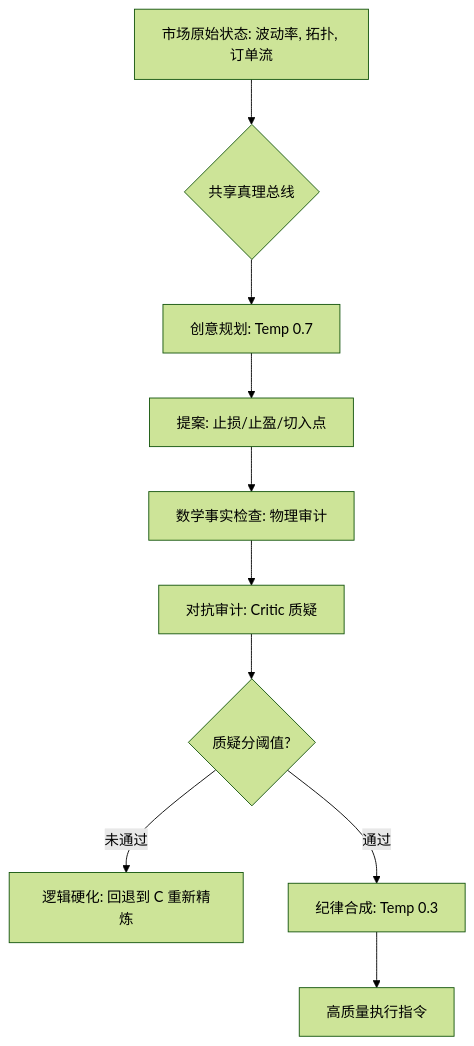
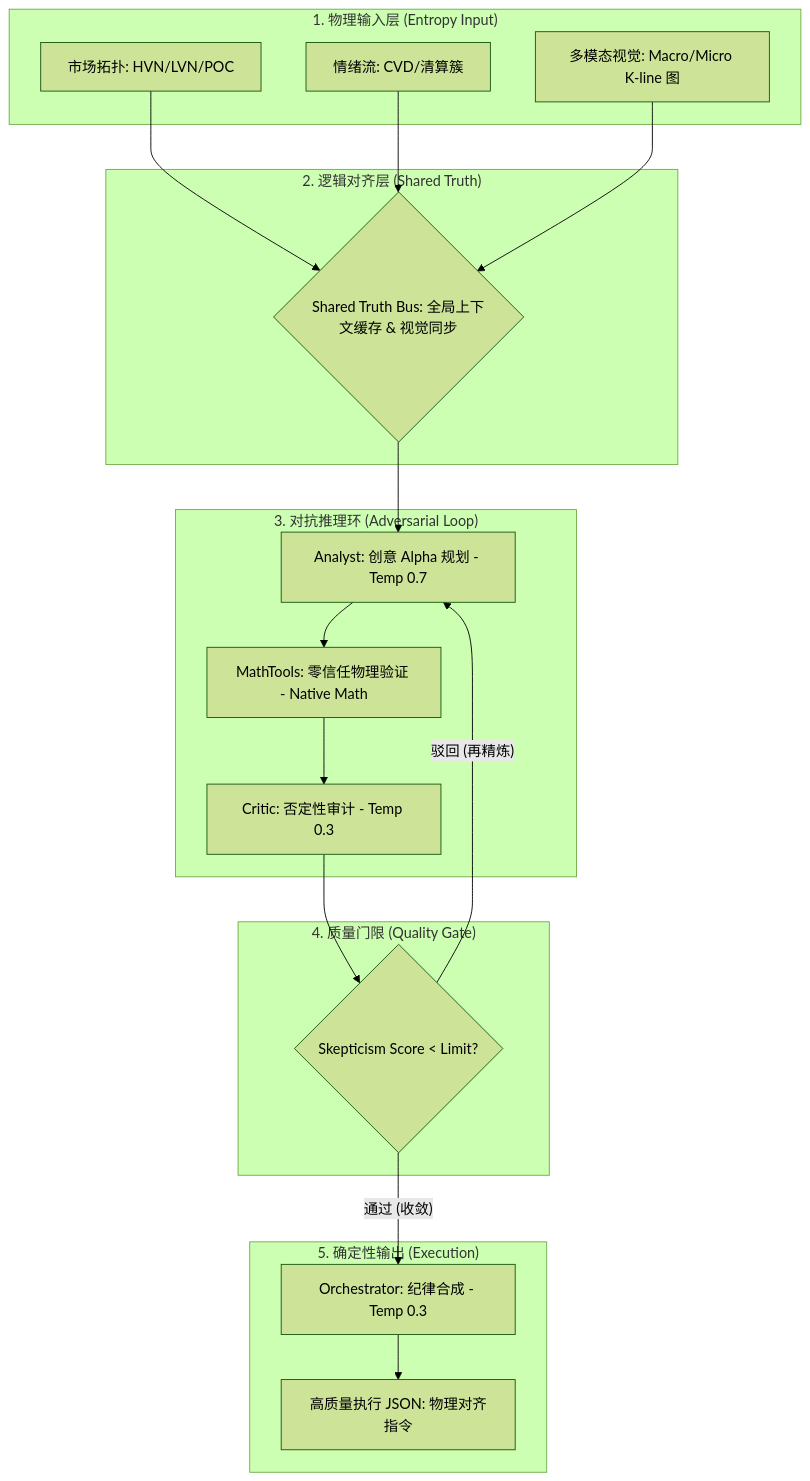
One commit to jiangyang5157/binary-star changed the diagram in README.md. Above: the diagram before and after it, drawn with Mermaid (forest theme). The commit also changed other lines of this file and 2 other files, not shown here.

````diff
--- a/README.md
+++ b/README.md
@@ -46,12 +46,36 @@
 ```mermaid
 graph TD
-    A[市场原始状态: 波动率, 拓扑, 订单流] --> B{共享真理总线}
-    B --> C[创意规划: Temp 0.7]
-    C --> D[提案: 止损/止盈/切入点]
-    D --> E[数学事实检查: 物理审计]
-    E --> F[对抗审计: Critic 质疑]
-    F --> G{质疑分阈值?}
-    G -- 未通过 --> H[逻辑硬化: 回退到 C 重新精炼]
-    G -- 通过 --> I[纪律合成: Temp 0.3]
-    I --> J[高质量执行指令]
+    subgraph Input_Layer ["1. 物理输入层 (Entropy Input)"]
+        A1[市场拓扑: HVN/LVN/POC]
+        A2[情绪流: CVD/清算簇]
+        A3[多模态视觉: Macro/Micro K-line 图]
+    end
+
+    subgraph Alignment_Layer ["2. 逻辑对齐层 (Shared Truth)"]
+        B{Shared Truth Bus: 全局上下文缓存 & 视觉同步}
+    end
+
+    subgraph Reasoning_Triad ["3. 对抗推理环 (Adversarial Loop)"]
+        C[Analyst: 创意 Alpha 规划 - Temp 0.7]
+        D[MathTools: 零信任物理验证 - Native Math]
+        E[Critic: 否定性审计 - Temp 0.3]
+    end
+
+    subgraph Decision_Gate ["4. 质量门限 (Quality Gate)"]
+        F{Skepticism Score < Limit?}
+    end
+
+    subgraph Output_Layer ["5. 确定性输出 (Execution)"]
+        G[Orchestrator: 纪律合成 - Temp 0.3]
+        H[高质量执行 JSON: 物理对齐指令]
+    end
+
+    A1 & A2 & A3 --> B
+    B --> C
+    C --> D
+    D --> E
+    E --> F
+    F -- "驳回 (再精炼)" --> C
+    F -- "通过 (收敛)" --> G
+    G --> H
 ```
````
